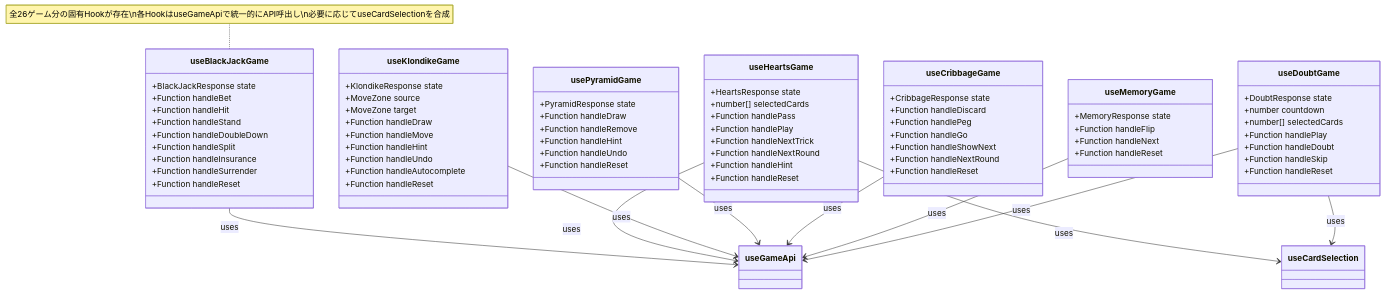
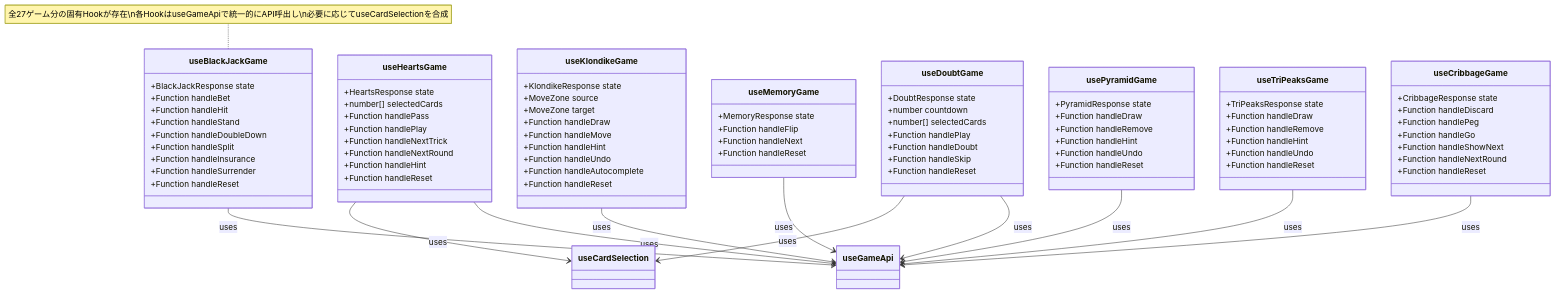
One commit to yuta-yoshinaga/go_trumpcards changed the fifth of 18 diagrams in docs/design/frontend.md. Above: the diagram before and after it, drawn with Mermaid. The commit also changed other lines of this file and 51 other files, not shown here.

First line of the commit message:
feat: add TriPeaks solitaire game

````diff
--- a/docs/design/frontend.md
+++ b/docs/design/frontend.md
@@ -550,6 +575,15 @@
         +Function handleReset
     }
 
+    class useTriPeaksGame {
+        +TriPeaksResponse state
+        +Function handleDraw
+        +Function handleRemove
+        +Function handleHint
+        +Function handleUndo
+        +Function handleReset
+    }
+
     class useCribbageGame {
         +CribbageResponse state
         +Function handleDiscard
@@ -562,10 +596,11 @@
 
     useKlondikeGame --> useGameApi : uses
     usePyramidGame --> useGameApi : uses
+    useTriPeaksGame --> useGameApi : uses
     useCribbageGame --> useGameApi : uses
     useMemoryGame --> useGameApi : uses
     useDoubtGame --> useGameApi : uses
     useDoubtGame --> useCardSelection : uses
 
-    note for useBlackJackGame "全26ゲーム分の固有Hookが存在\n各HookはuseGameApiで統一的にAPI呼出し\n必要に応じてuseCardSelectionを合成"
+    note for useBlackJackGame "全27ゲーム分の固有Hookが存在\n各HookはuseGameApiで統一的にAPI呼出し\n必要に応じてuseCardSelectionを合成"
 ```
````
